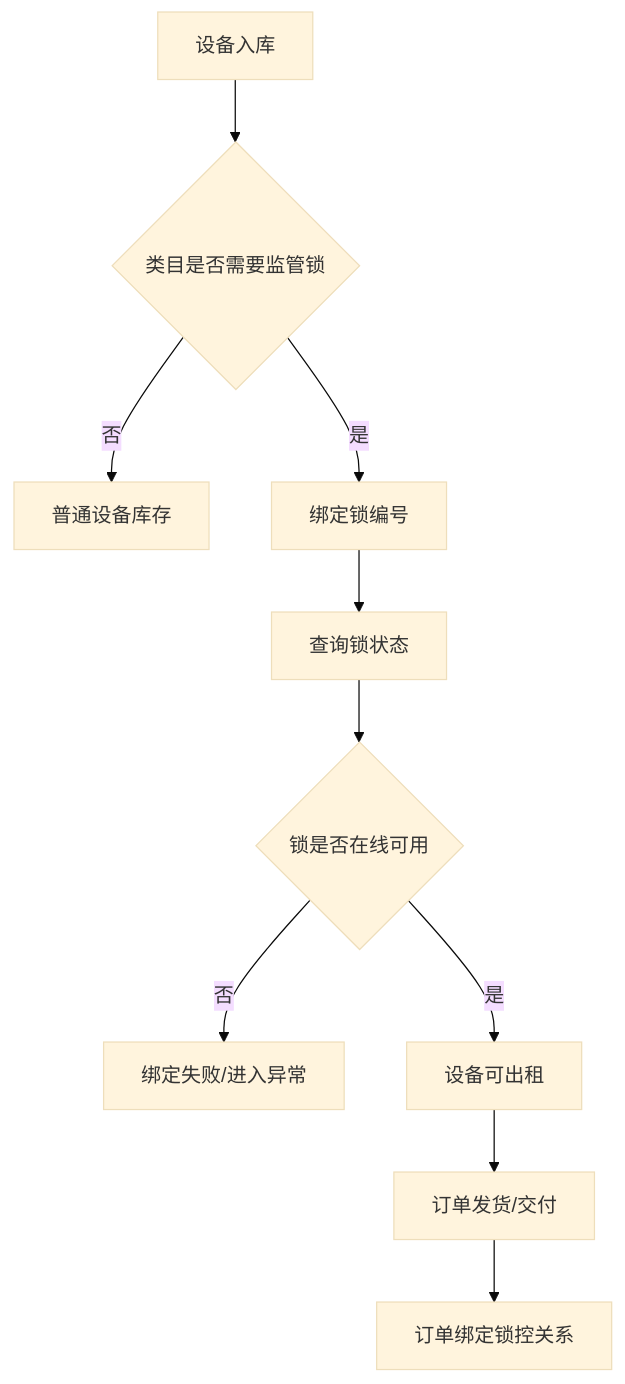
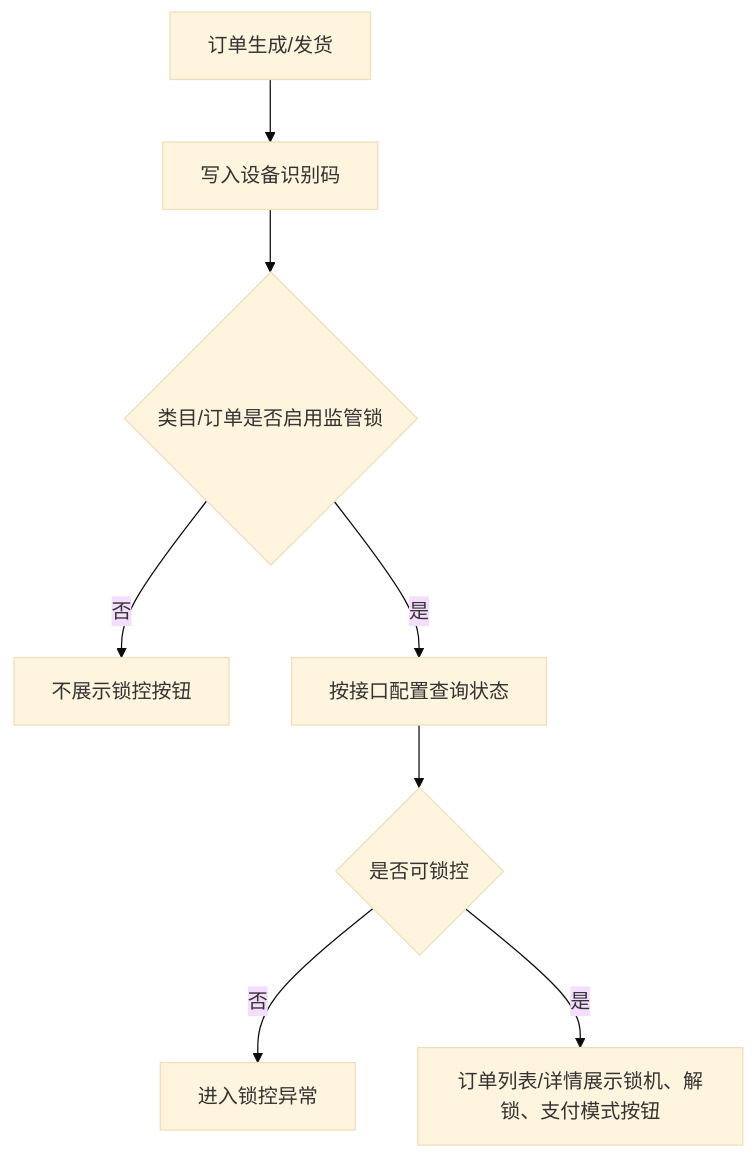
One commit to joezjyan-bot/mandian-prd changed the diagram in PRD/V0.2/modules/运营端/监管锁管理/01_监管锁配置与订单控制.md. Above: the diagram before and after it, drawn with Mermaid (base theme). The commit also changed other lines of this file and 43 other files, not shown here.

````diff
--- a/PRD/V0.2/modules/运营端/监管锁管理/01_监管锁配置与订单控制.md
+++ b/PRD/V0.2/modules/运营端/监管锁管理/01_监管锁配置与订单控制.md
@@ -101,12 +95,10 @@
 ```mermaid
 flowchart TD
-    A["设备入库"] --> B{"类目是否需要监管锁"}
-    B -->|否| C["普通设备库存"]
-    B -->|是| D["绑定锁编号"]
-    D --> E["查询锁状态"]
-    E --> F{"锁是否在线可用"}
-    F -->|否| G["绑定失败/进入异常"]
-    F -->|是| H["设备可出租"]
-    H --> I["订单发货/交付"]
-    I --> J["订单绑定锁控关系"]
+    A["订单生成/发货"] --> B["写入设备识别码"]
+    B --> C{"类目/订单是否启用监管锁"}
+    C -->|否| D["不展示锁控按钮"]
+    C -->|是| E["按接口配置查询状态"]
+    E --> F{"是否可锁控"}
+    F -->|否| G["进入锁控异常"]
+    F -->|是| H["订单列表/详情展示锁机、解锁、支付模式按钮"]
 ```
````
